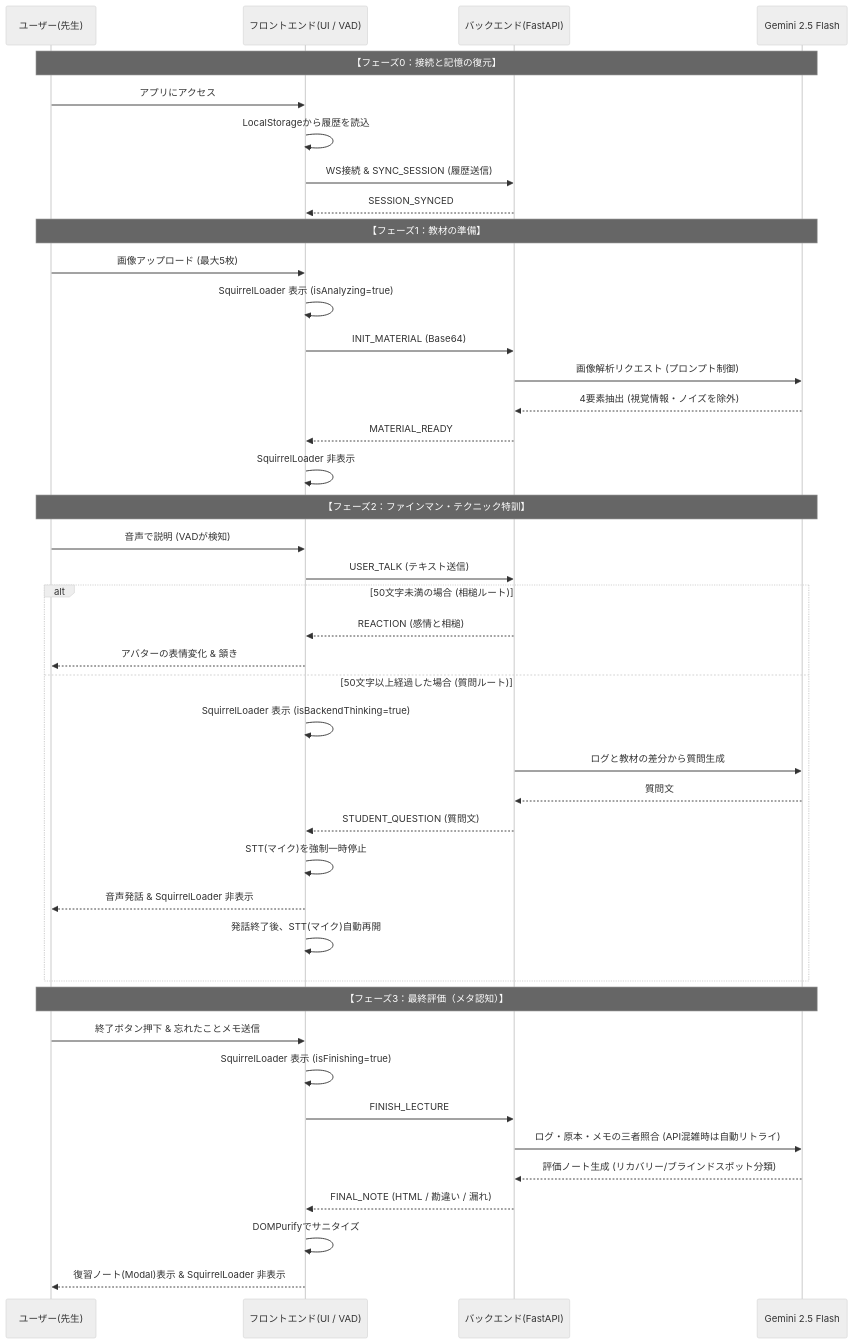
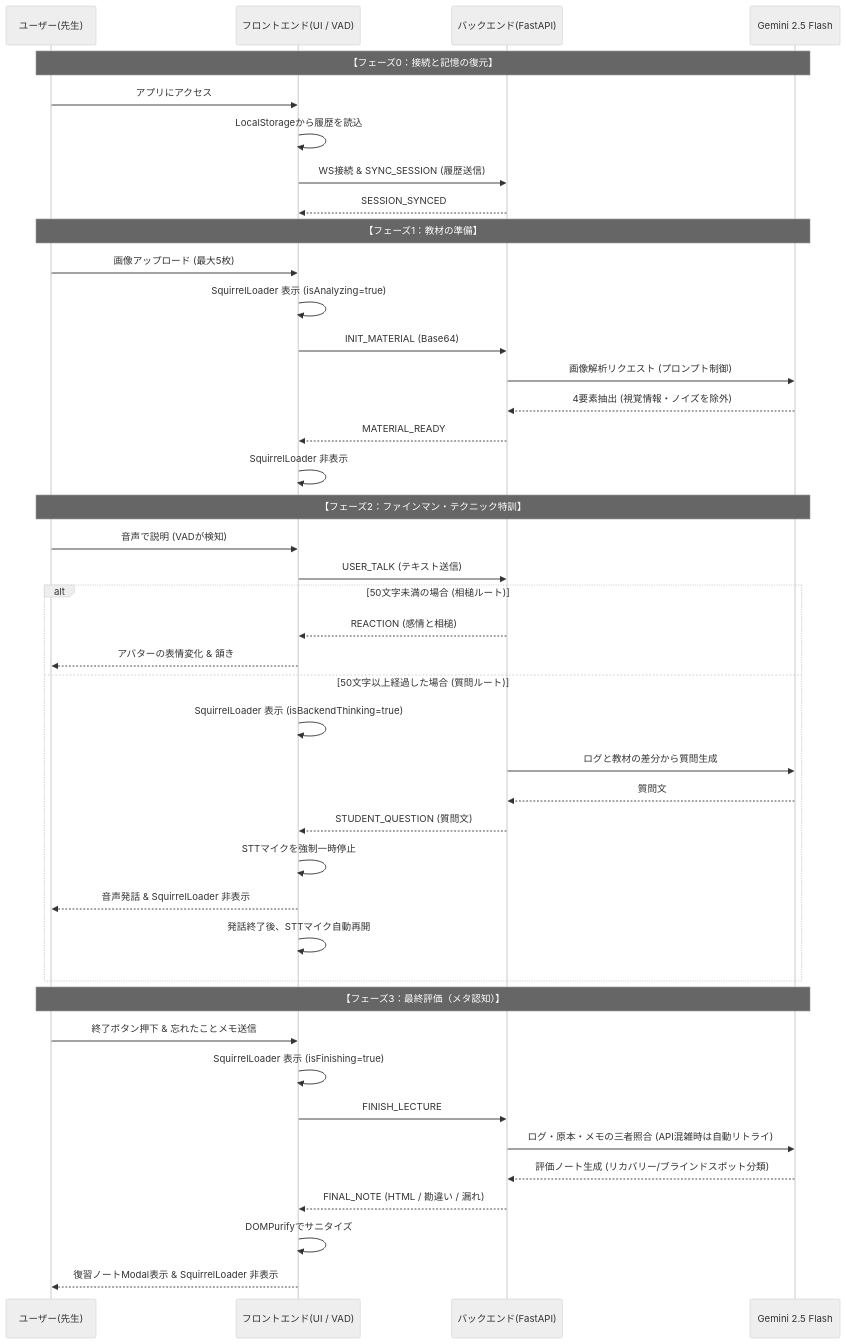
The second of 3 diagrams in README.md (TakeruOtahara/Drill-Talk-Portfolio), drawn with Mermaid (neutral theme) before and after one commit. The commit also changed other lines of this file, not shown here.

````diff
--- a/README.md
+++ b/README.md
@@ -45,49 +45,49 @@
 ```mermaid
 sequenceDiagram
     participant U as ユーザー(先生)
     participant F as フロントエンド(UI / VAD)
     participant B as バックエンド(FastAPI)
     participant G as Gemini 2.5 Flash
 
     Note over U, G: 【フェーズ0：接続と記憶の復元】
     U->>F: アプリにアクセス
     F->>F: LocalStorageから履歴を読込
     F->>B: WS接続 & SYNC_SESSION (履歴送信)
     B-->>F: SESSION_SYNCED
 
     Note over U, G: 【フェーズ1：教材の準備】
     U->>F: 画像アップロード (最大5枚)
     F->>F: SquirrelLoader 表示 (isAnalyzing=true)
     F->>B: INIT_MATERIAL (Base64)
     B->>G: 画像解析リクエスト (プロンプト制御)
     G-->>B: 4要素抽出 (視覚情報・ノイズを除外)
     B-->>F: MATERIAL_READY
     F->>F: SquirrelLoader 非表示
 
     Note over U, G: 【フェーズ2：ファインマン・テクニック特訓】
     U->>F: 音声で説明 (VADが検知)
     F->>B: USER_TALK (テキスト送信)
     
     alt 50文字未満の場合 (相槌ルート)
         B-->>F: REACTION (感情と相槌)
         F-->>U: アバターの表情変化 & 頷き
     else 50文字以上経過した場合 (質問ルート)
         F->>F: SquirrelLoader 表示 (isBackendThinking=true)
         B->>G: ログと教材の差分から質問生成
         G-->>B: 質問文
         B-->>F: STUDENT_QUESTION (質問文)
-        F->>F: STT(マイク)を強制一時停止
+        F->>F: STTマイクを強制一時停止
         F-->>U: 音声発話 & SquirrelLoader 非表示
-        F->>F: 発話終了後、STT(マイク)自動再開
+        F->>F: 発話終了後、STTマイク自動再開
     end
 
     Note over U, G: 【フェーズ3：最終評価（メタ認知）】
     U->>F: 終了ボタン押下 & 忘れたことメモ送信
     F->>F: SquirrelLoader 表示 (isFinishing=true)
     F->>B: FINISH_LECTURE
     B->>G: ログ・原本・メモの三者照合 (API混雑時は自動リトライ)
     G-->>B: 評価ノート生成 (リカバリー/ブラインドスポット分類)
     B-->>F: FINAL_NOTE (HTML / 勘違い / 漏れ)
     F->>F: DOMPurifyでサニタイズ
-    F-->>U: 復習ノート(Modal)表示 & SquirrelLoader 非表示
+    F-->>U: 復習ノートModal表示 & SquirrelLoader 非表示
 ```
````
